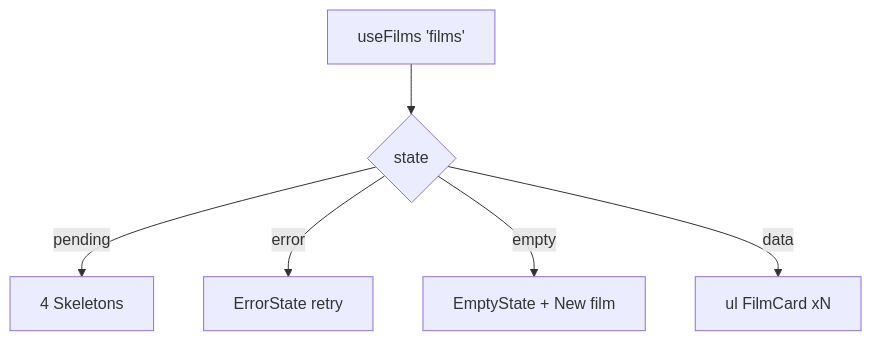
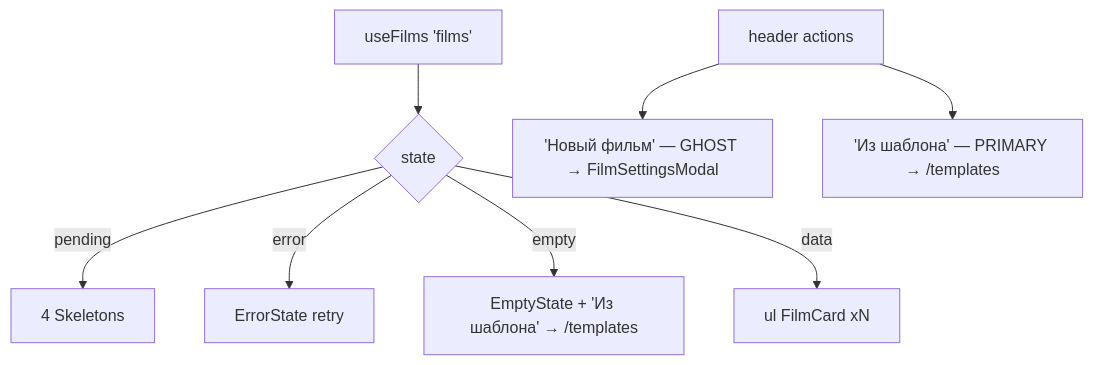
Before and after one commit to AzamatRaimbekov2/openCreate: the diagram in apps/web/src/modules/Cinema/components/CinemaLibrary.tsx.md, drawn with Mermaid. The commit also changed other lines of this file and 74 other files, not shown here.

````diff
--- a/apps/web/src/modules/Cinema/components/CinemaLibrary.tsx.md
+++ b/apps/web/src/modules/Cinema/components/CinemaLibrary.tsx.md
@@ -29,8 +30,10 @@
 ```mermaid
 flowchart TD
   UF[useFilms 'films'] --> S{state}
   S -->|pending| SK[4 Skeletons]
   S -->|error| ES[ErrorState retry]
-  S -->|empty| EM[EmptyState + New film]
+  S -->|empty| EM["EmptyState + 'Из шаблона' → /templates"]
   S -->|data| G[ul FilmCard xN]
+  H["header actions"] --> NEW["'Новый фильм' — GHOST → FilmSettingsModal"]
+  H --> TPL["'Из шаблона' — PRIMARY → /templates"]
 ```
````
